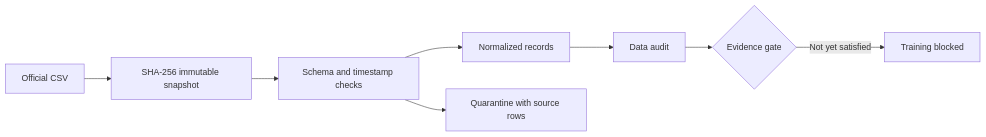
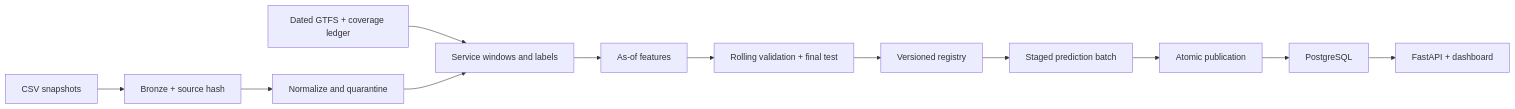
One commit to NotMyFault8/ttc-delay-risk changed the diagram in README.md. Above: the diagram before and after it, drawn with Mermaid. The commit also changed other lines of this file and 30 other files, not shown here.

Commit message:
Implement temporal ML pipeline, versioned batch serving and tested PostgreSQL deployment

````diff
--- a/README.md
+++ b/README.md
@@ -50,10 +53,14 @@
 ```mermaid
 flowchart LR
-    A[Official CSV] --> B[SHA-256 immutable snapshot]
-    B --> C[Schema and timestamp checks]
-    C --> D[Normalized records]
-    C --> E[Quarantine with source rows]
-    D --> F[Data audit]
-    F --> G{Evidence gate}
-    G -->|Not yet satisfied| H[Training blocked]
+    A[CSV snapshots] --> B[Bronze + source hash]
+    B --> C[Normalize and quarantine]
+    D[Dated GTFS + coverage ledger] --> E[Service windows and labels]
+    C --> E
+    E --> F[As-of features]
+    F --> G[Rolling validation + final test]
+    G --> H[Versioned registry]
+    H --> I[Staged prediction batch]
+    I --> J[Atomic publication]
+    J --> K[PostgreSQL]
+    K --> L[FastAPI + dashboard]
 ```
````
